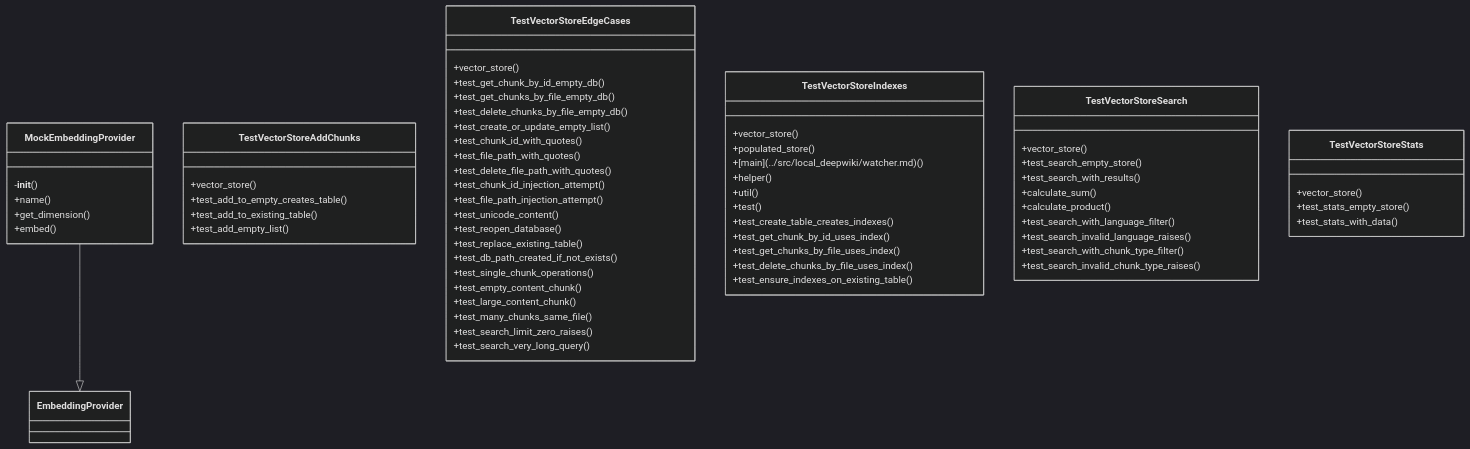
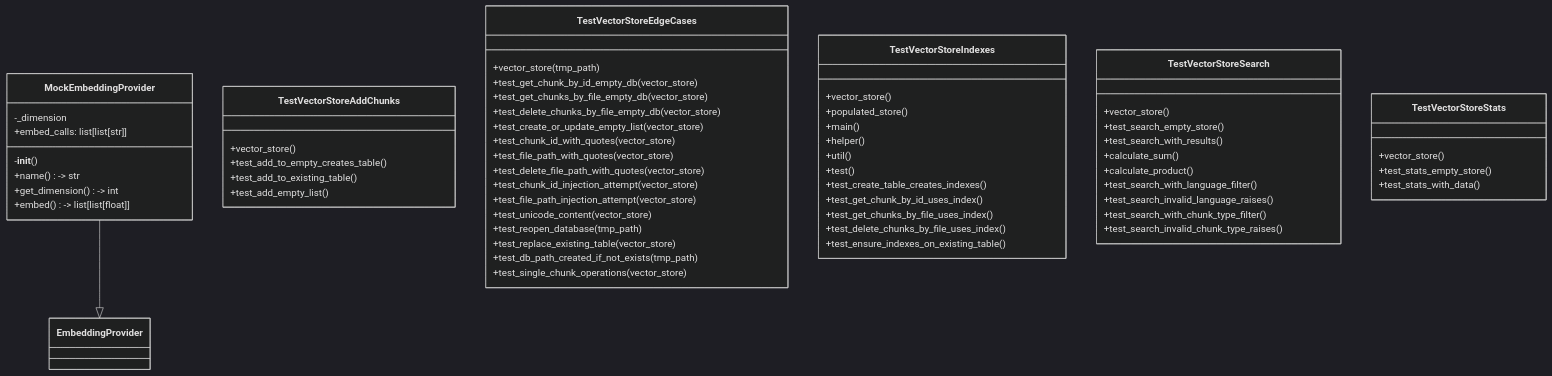
Before and after one commit to UrbanDiver/local-deepwiki-mcp: the first of 2 diagrams in .deepwiki/files/tests/test_vectorstore.md, drawn with Mermaid (dark theme). The commit also changed other lines of this file and 30 other files, not shown here.

````diff
--- a/.deepwiki/files/tests/test_vectorstore.md
+++ b/.deepwiki/files/tests/test_vectorstore.md
@@ -1221,67 +752,64 @@
 ```mermaid
 classDiagram
     class MockEmbeddingProvider {
+        -_dimension
+        +embed_calls: list[list[str]]
         -__init__()
-        +name()
-        +get_dimension()
-        +embed()
+        +name() -> str
+        +get_dimension() -> int
+        +embed() -> list[list[float]]
     }
     class TestVectorStoreAddChunks {
         +vector_store()
         +test_add_to_empty_creates_table()
         +test_add_to_existing_table()
         +test_add_empty_list()
     }
     class TestVectorStoreEdgeCases {
-        +vector_store()
-        +test_get_chunk_by_id_empty_db()
-        +test_get_chunks_by_file_empty_db()
-        +test_delete_chunks_by_file_empty_db()
-        +test_create_or_update_empty_list()
-        +test_chunk_id_with_quotes()
-        +test_file_path_with_quotes()
-        +test_delete_file_path_with_quotes()
-        +test_chunk_id_injection_attempt()
-        +test_file_path_injection_attempt()
-        +test_unicode_content()
-        +test_reopen_database()
-        +test_replace_existing_table()
-        +test_db_path_created_if_not_exists()
-        +test_single_chunk_operations()
-        +test_empty_content_chunk()
-        +test_large_content_chunk()
-        +test_many_chunks_same_file()
-        +test_search_limit_zero_raises()
-        +test_search_very_long_query()
+        +vector_store(tmp_path)
+        +test_get_chunk_by_id_empty_db(vector_store)
+        +test_get_chunks_by_file_empty_db(vector_store)
+        +test_delete_chunks_by_file_empty_db(vector_store)
+        +test_create_or_update_empty_list(vector_store)
+        +test_chunk_id_with_quotes(vector_store)
+        +test_file_path_with_quotes(vector_store)
+        +test_delete_file_path_with_quotes(vector_store)
+        +test_chunk_id_injection_attempt(vector_store)
+        +test_file_path_injection_attempt(vector_store)
+        +test_unicode_content(vector_store)
+        +test_reopen_database(tmp_path)
+        +test_replace_existing_table(vector_store)
+        +test_db_path_created_if_not_exists(tmp_path)
+        +test_single_chunk_operations(vector_store)
     }
     class TestVectorStoreIndexes {
         +vector_store()
         +populated_store()
-        +[main](../src/local_deepwiki/watcher.md)()
+        +main()
         +helper()
         +util()
         +test()
         +test_create_table_creates_indexes()
         +test_get_chunk_by_id_uses_index()
         +test_get_chunks_by_file_uses_index()
         +test_delete_chunks_by_file_uses_index()
         +test_ensure_indexes_on_existing_table()
     }
     class TestVectorStoreSearch {
         +vector_store()
         +test_search_empty_store()
         +test_search_with_results()
         +calculate_sum()
         +calculate_product()
         +test_search_with_language_filter()
         +test_search_invalid_language_raises()
         +test_search_with_chunk_type_filter()
         +test_search_invalid_chunk_type_raises()
     }
     class TestVectorStoreStats {
         +vector_store()
         +test_stats_empty_store()
         +test_stats_with_data()
     }
     MockEmbeddingProvider --|> EmbeddingProvider
 ```
````
